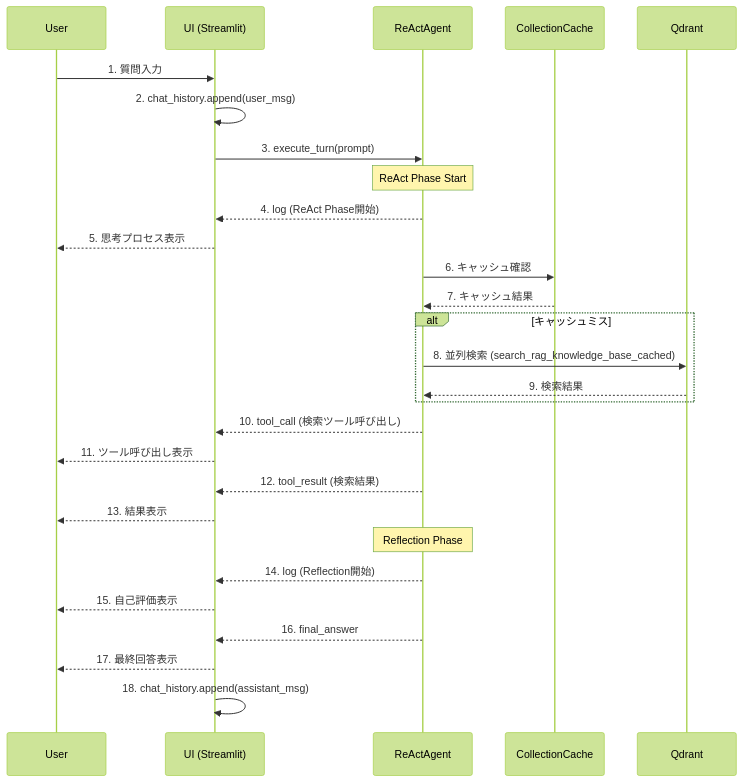
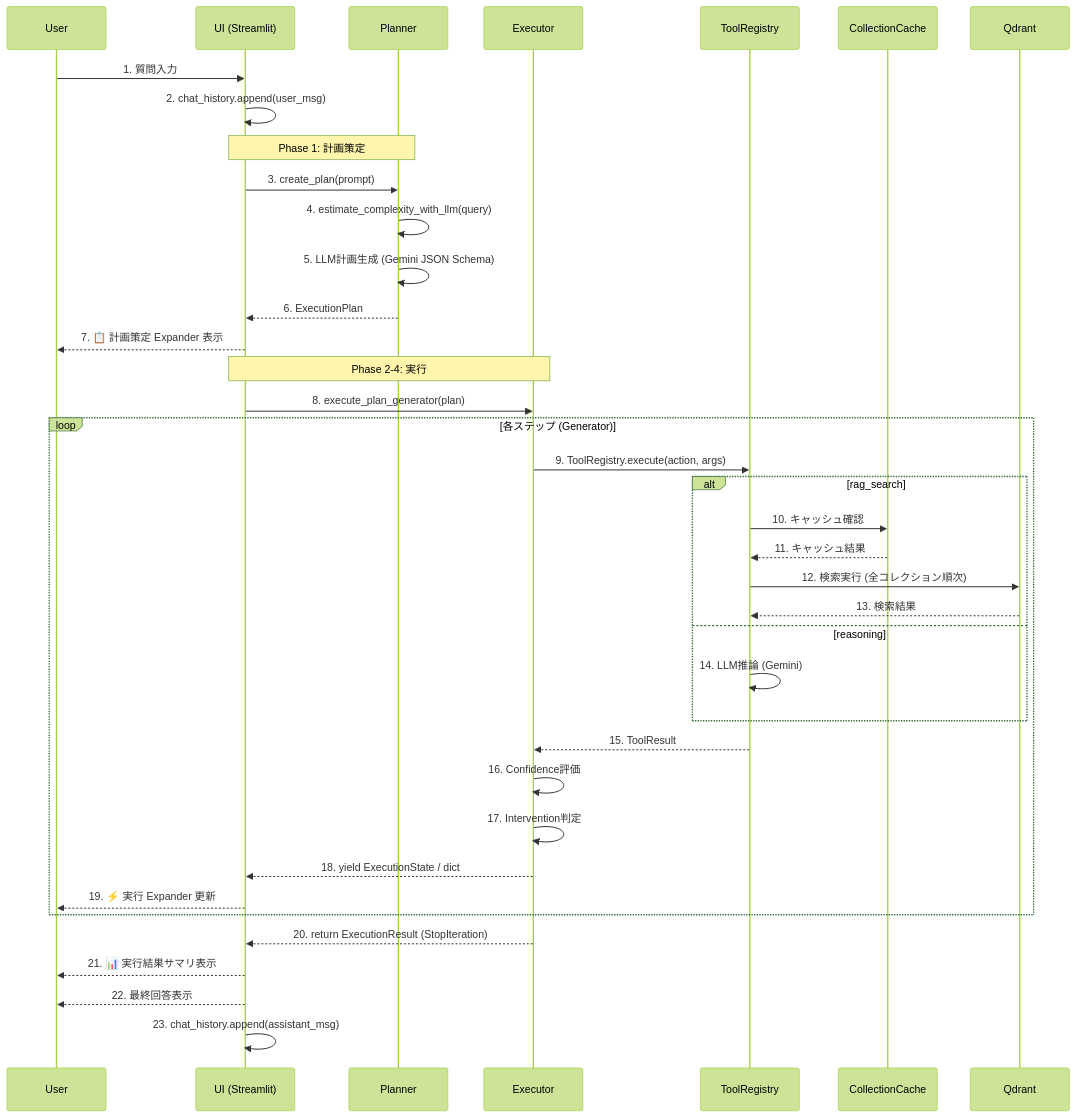
One commit to nakashima2toshio/gemini_grace_agent changed the eighth of 13 diagrams in ui/doc/grace_chat_page.md. Above: the diagram before and after it, drawn with Mermaid (forest theme). The commit also changed other lines of this file and 26 other files, not shown here.

````diff
--- a/ui/doc/grace_chat_page.md
+++ b/ui/doc/grace_chat_page.md
@@ -358,37 +584,50 @@
 ```mermaid
 sequenceDiagram
     participant User as User
     participant UI as UI (Streamlit)
-    participant Agent as ReActAgent
+    participant Planner as Planner
+    participant Executor as Executor
+    participant Tools as ToolRegistry
     participant Cache as CollectionCache
     participant Qdrant as Qdrant
 
     User->>UI: 1. 質問入力
     UI->>UI: 2. chat_history.append(user_msg)
-    UI->>Agent: 3. execute_turn(prompt)
 
-    Note over Agent: ReAct Phase Start
-    Agent-->>UI: 4. log (ReAct Phase開始)
-    UI-->>User: 5. 思考プロセス表示
+    Note over UI,Planner: Phase 1: 計画策定
 
-    Agent->>Cache: 6. キャッシュ確認
-    Cache-->>Agent: 7. キャッシュ結果
+    UI->>Planner: 3. create_plan(prompt)
+    Planner->>Planner: 4. estimate_complexity_with_llm(query)
+    Planner->>Planner: 5. LLM計画生成 (Gemini JSON Schema)
+    Planner-->>UI: 6. ExecutionPlan
+    UI-->>User: 7. 📋 計画策定 Expander 表示
 
-    alt キャッシュミス
-        Agent->>Qdrant: 8. 並列検索 (search_rag_knowledge_base_cached)
-        Qdrant-->>Agent: 9. 検索結果
+    Note over UI,Executor: Phase 2-4: 実行
+
+    UI->>Executor: 8. execute_plan_generator(plan)
+
+    loop 各ステップ (Generator)
+        Executor->>Tools: 9. ToolRegistry.execute(action, args)
+
+        alt rag_search
+            Tools->>Cache: 10. キャッシュ確認
+            Cache-->>Tools: 11. キャッシュ結果
+            Tools->>Qdrant: 12. 検索実行 (全コレクション順次)
+            Qdrant-->>Tools: 13. 検索結果
+        else reasoning
+            Tools->>Tools: 14. LLM推論 (Gemini)
+        end
+
+        Tools-->>Executor: 15. ToolResult
+        Executor->>Executor: 16. Confidence評価
+        Executor->>Executor: 17. Intervention判定
+
+        Executor-->>UI: 18. yield ExecutionState / dict
+        UI-->>User: 19. ⚡ 実行 Expander 更新
     end
 
-    Agent-->>UI: 10. tool_call (検索ツール呼び出し)
-    UI-->>User: 11. ツール呼び出し表示
-    Agent-->>UI: 12. tool_result (検索結果)
-    UI-->>User: 13. 結果表示
-
-    Note over Agent: Reflection Phase
-    Agent-->>UI: 14. log (Reflection開始)
-    UI-->>User: 15. 自己評価表示
-
-    Agent-->>UI: 16. final_answer
-    UI-->>User: 17. 最終回答表示
-    UI->>UI: 18. chat_history.append(assistant_msg)
+    Executor-->>UI: 20. return ExecutionResult (StopIteration)
+    UI-->>User: 21. 📊 実行結果サマリ表示
+    UI-->>User: 22. 最終回答表示
+    UI->>UI: 23. chat_history.append(assistant_msg)
 ```
````
